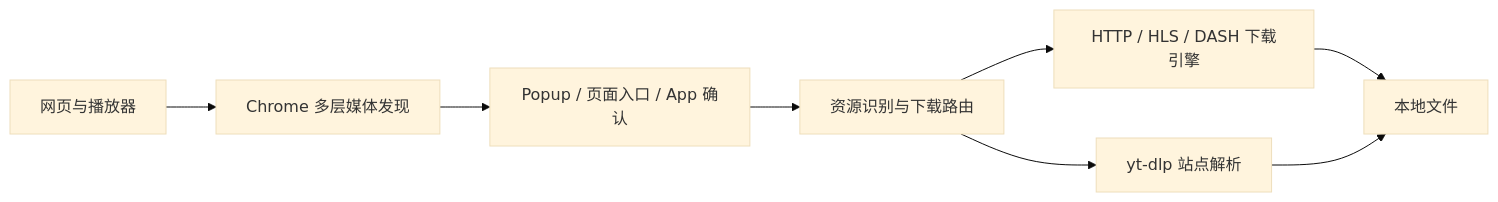
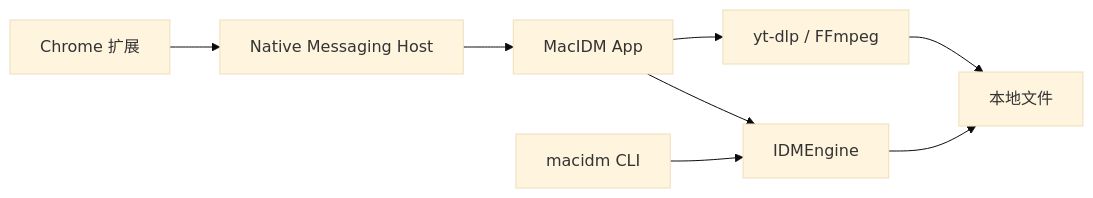
Before and after one commit to Raters0/MacIDM: the diagram in README.md, drawn with Mermaid (base theme). The commit also changed other lines of this file and 3 other files, not shown here.

````diff
--- a/README.md
+++ b/README.md
@@ -71,10 +48,10 @@
 ```mermaid
 flowchart LR
-    Page[网页与播放器] --> Observe[Chrome 多层媒体发现]
-    Observe --> Confirm[Popup / 页面入口 / App 确认]
-    Confirm --> Route[资源识别与下载路由]
-    Route --> Engine[HTTP / HLS / DASH 下载引擎]
-    Route --> YTDLP[yt-dlp 站点解析]
+    Extension[Chrome 扩展] --> Host[Native Messaging Host]
+    Host --> App[MacIDM App]
+    App --> Engine[IDMEngine]
+    CLI[macidm CLI] --> Engine
+    App --> Tools[yt-dlp / FFmpeg]
     Engine --> File[本地文件]
-    YTDLP --> File
+    Tools --> File
 ```
````
